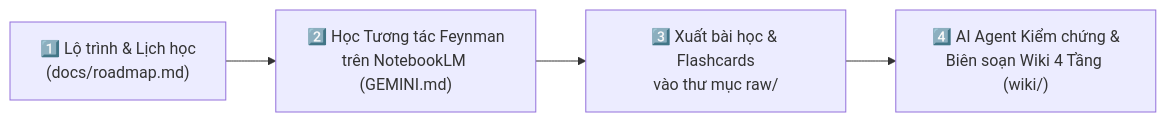
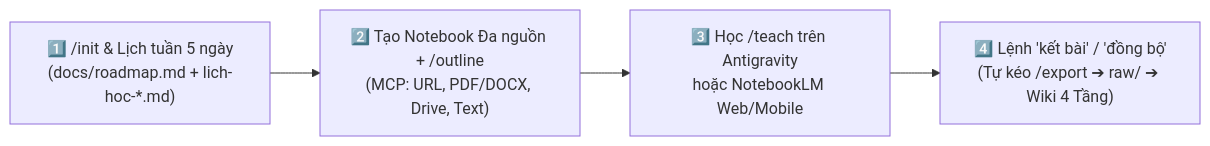
The diagram in README.md (tuanlee-tech/obsidian-learning-starter-kit), drawn with Mermaid before and after one commit. The commit also changed other lines of this file and 14 other files, not shown here.

Commit message:
feat(plugin): add cross-platform Antigravity NotebookLM MCP plugin (4 skills, multi-source)

````diff
--- a/README.md
+++ b/README.md
@@ -17,6 +17,6 @@
 ```mermaid
 flowchart LR
-    A["1️⃣ Lộ trình & Lịch học<br/>(docs/roadmap.md)"] --> B["2️⃣ Học Tương tác Feynman<br/>trên NotebookLM (GEMINI.md)"]
-    B --> C["3️⃣ Xuất bài học & Flashcards<br/>vào thư mục raw/"]
-    C --> D["4️⃣ AI Agent Kiểm chứng &<br/>Biên soạn Wiki 4 Tầng (wiki/)"]
+    A["1️⃣ /init & Lịch tuần 5 ngày<br/>(docs/roadmap.md + lich-hoc-*.md)"] --> B["2️⃣ Tạo Notebook Đa nguồn + /outline<br/>(MCP: URL, PDF/DOCX, Drive, Text)"]
+    B --> C["3️⃣ Học /teach trên Antigravity<br/>hoặc NotebookLM Web/Mobile"]
+    C --> D["4️⃣ Lệnh 'kết bài' / 'đồng bộ'<br/>(Tự kéo /export ➔ raw/ ➔ Wiki 4 Tầng)"]
 ```
````
